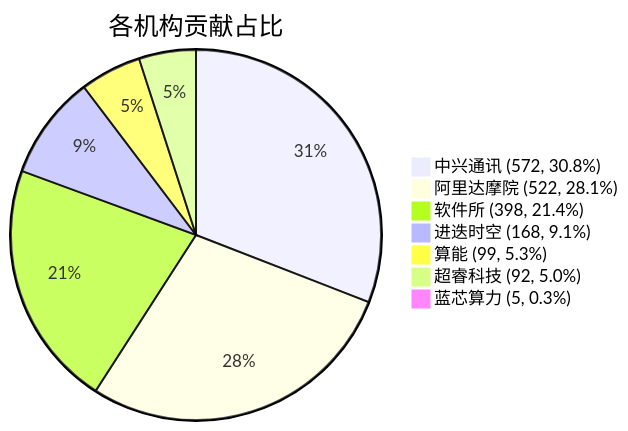
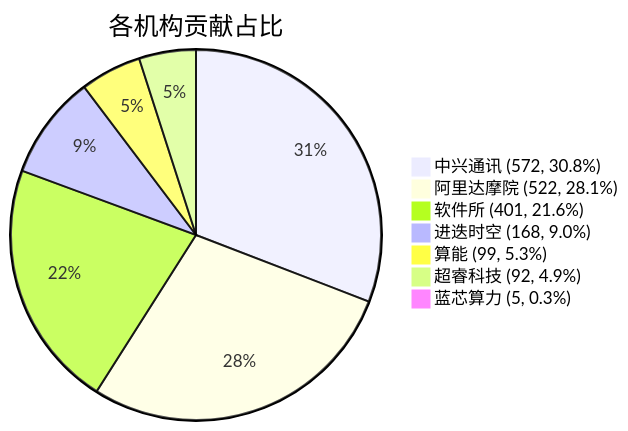
Before and after one commit to RVCK-Project/rvck: the diagram in docs/index.md, drawn with Mermaid. The commit also changed other lines of this file and 24 other files, not shown here.

````diff
--- a/docs/index.md
+++ b/docs/index.md
@@ -34,10 +34,10 @@
 ```mermaid
 pie title 各机构贡献占比
     "中兴通讯 (572, 30.8%)" : 572
     "阿里达摩院 (522, 28.1%)" : 522
-    "软件所 (398, 21.4%)" : 398
-    "进迭时空 (168, 9.1%)" : 168
+    "软件所 (401, 21.6%)" : 401
+    "进迭时空 (168, 9.0%)" : 168
     "算能 (99, 5.3%)" : 99
-    "超睿科技 (92, 5.0%)" : 92
+    "超睿科技 (92, 4.9%)" : 92
     "蓝芯算力 (5, 0.3%)" : 5
 ```
````
